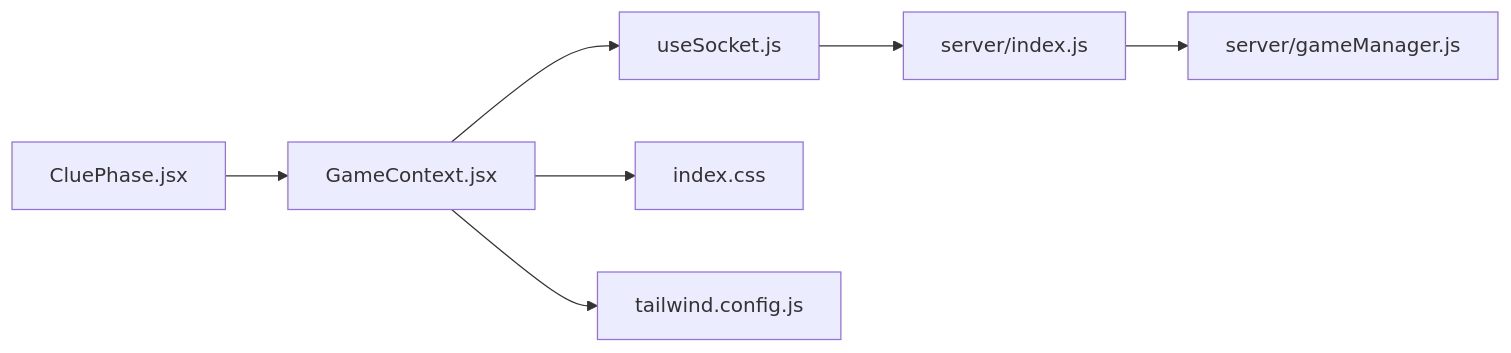
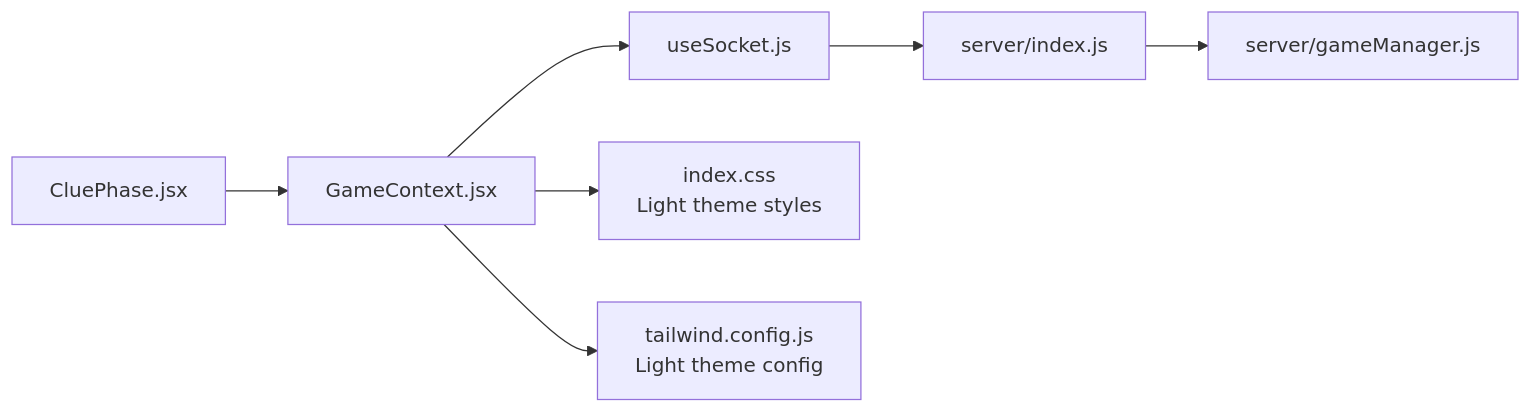
Before and after one commit to sparshgupta001/imposter_game: the fourth of 4 diagrams in .qoder/repowiki/en/content/Game Screens and UI Components/Clue Phase Screen.md, drawn with Mermaid. The commit also changed other lines of this file and 22 other files, not shown here.

````diff
--- a/.qoder/repowiki/en/content/Game Screens and UI Components/Clue Phase Screen.md
+++ b/.qoder/repowiki/en/content/Game Screens and UI Components/Clue Phase Screen.md
@@ -355,9 +412,9 @@
 ```mermaid
 graph LR
 Clue["CluePhase.jsx"] --> Ctx["GameContext.jsx"]
 Ctx --> Hook["useSocket.js"]
 Hook --> Srv["server/index.js"]
 Srv --> GM["server/gameManager.js"]
-Ctx --> CSS["index.css"]
-Ctx --> TW["tailwind.config.js"]
+Ctx --> CSS["index.css<br/>Light theme styles"]
+Ctx --> TW["tailwind.config.js<br/>Light theme config"]
 ```
````
